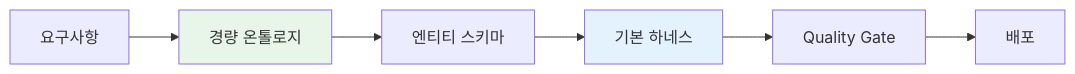
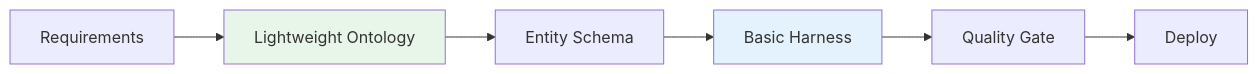
The first of 2 diagrams in docs/aidlc/enterprise/msa-complexity/pattern-guides/l1-l2-simple-msa.md (devfloor9/engineering-playbook), drawn with Mermaid before and after one commit. The commit also changed other lines of this file and 954 other files, not shown here.

````diff
--- a/docs/aidlc/enterprise/msa-complexity/pattern-guides/l1-l2-simple-msa.md
+++ b/docs/aidlc/enterprise/msa-complexity/pattern-guides/l1-l2-simple-msa.md
@@ -31,11 +31,11 @@
 ```mermaid
 graph LR
-    A[요구사항] --> B[경량 온톨로지]
-    B --> C[엔티티 스키마]
-    C --> D[기본 하네스]
+    A[Requirements] --> B[Lightweight Ontology]
+    B --> C[Entity Schema]
+    C --> D[Basic Harness]
     D --> E[Quality Gate]
-    E --> F[배포]
+    E --> F[Deploy]
 
     style B fill:#E8F5E9
     style D fill:#E3F2FD
 ```
````
